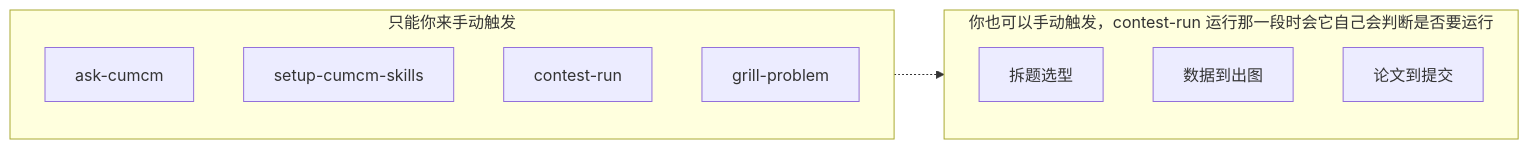
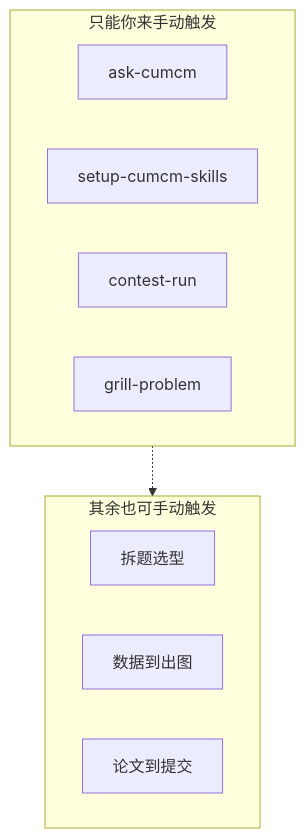
Before and after one commit to NemoArce2007/cumcm-skills: the fourth of 4 diagrams in README.md, drawn with Mermaid. The commit also changed other lines of this file, not shown here.

Commit message:
Clarify README skill invocation and unstack the overlapping diagram. (#2)

````diff
--- a/README.md
+++ b/README.md
@@ -107,17 +107,17 @@
 ```mermaid
-flowchart LR
+flowchart TB
   subgraph L["只能你来手动触发"]
-    direction TB
+    direction LR
     ask["ask-cumcm"]
     setup["setup-cumcm-skills"]
     run["contest-run"]
     grill["grill-problem"]
   end
-  subgraph R["你也可以手动触发，contest-run 运行那一段时会它自己会判断是否要运行"]
-    direction TB
+  subgraph R["其余也可手动触发"]
+    direction LR
     r1["拆题选型"]
     r2["数据到出图"]
     r3["论文到提交"]
   end
   run -.-> r1
 ```
````
